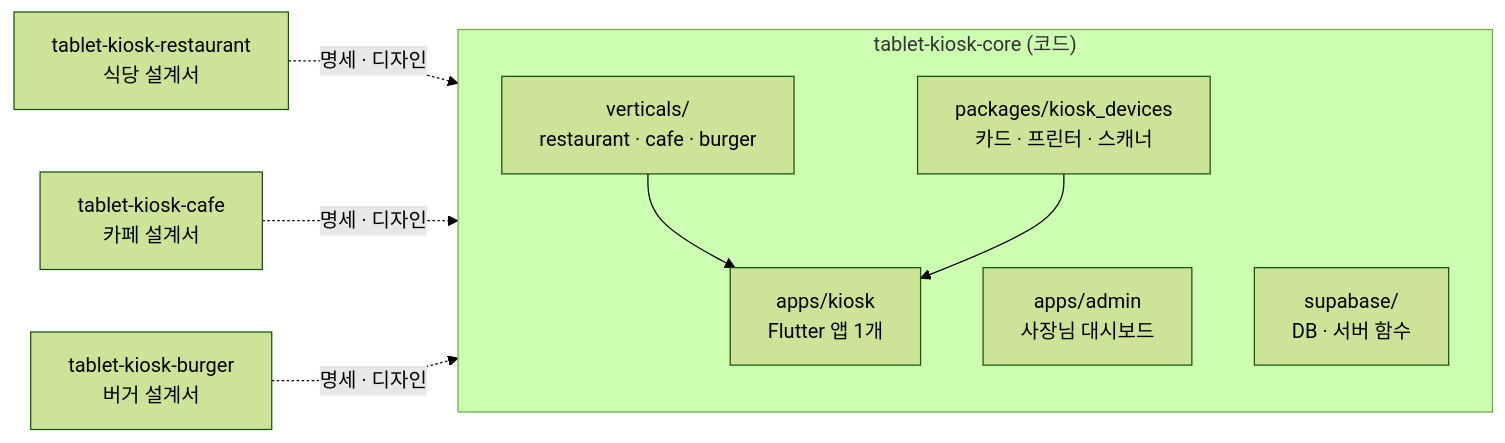
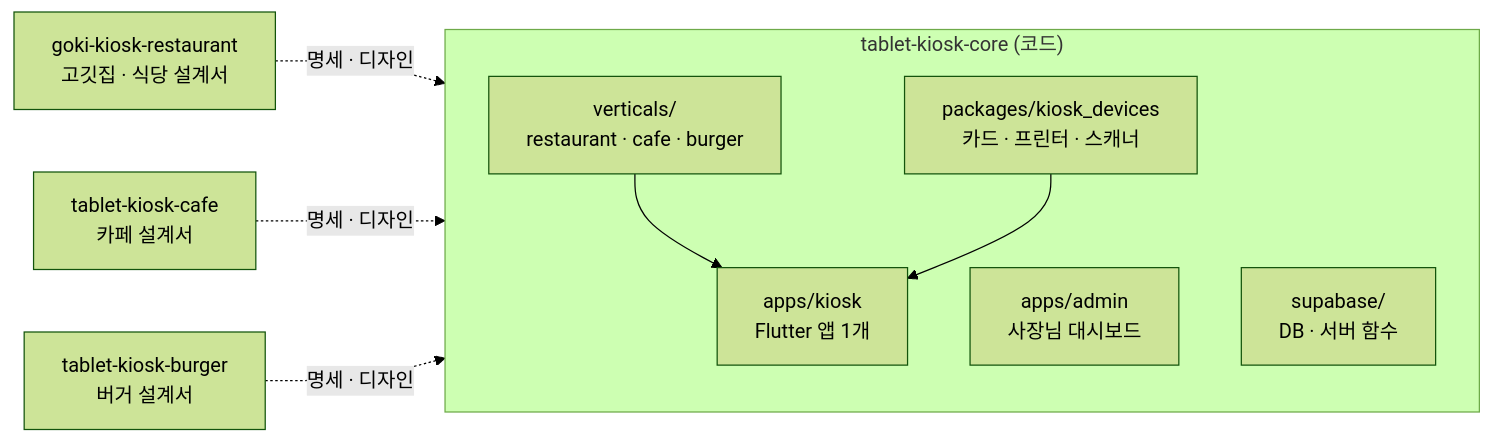
One commit to DevOps0906/tablet-kiosk-core changed the diagram in README.md. Above: the diagram before and after it, drawn with Mermaid (forest theme). The commit also changed other lines of this file and 19 other files, not shown here.

````diff
--- a/README.md
+++ b/README.md
@@ -18,15 +18,15 @@
 ```mermaid
 flowchart LR
-  R["tablet-kiosk-restaurant<br/>식당 설계서"] -.->|명세 · 디자인| CORE
+  R["goki-kiosk-restaurant<br/>고깃집 · 식당 설계서"] -.->|명세 · 디자인| CORE
   C["tablet-kiosk-cafe<br/>카페 설계서"] -.->|명세 · 디자인| CORE
   B["tablet-kiosk-burger<br/>버거 설계서"] -.->|명세 · 디자인| CORE
   subgraph CORE["tablet-kiosk-core (코드)"]
     K["apps/kiosk<br/>Flutter 앱 1개"]
     V["verticals/<br/>restaurant · cafe · burger"]
     A["apps/admin<br/>사장님 대시보드"]
     S["supabase/<br/>DB · 서버 함수"]
     D["packages/kiosk_devices<br/>카드 · 프린터 · 스캐너"]
   end
   V --> K
   D --> K
 ```
````
